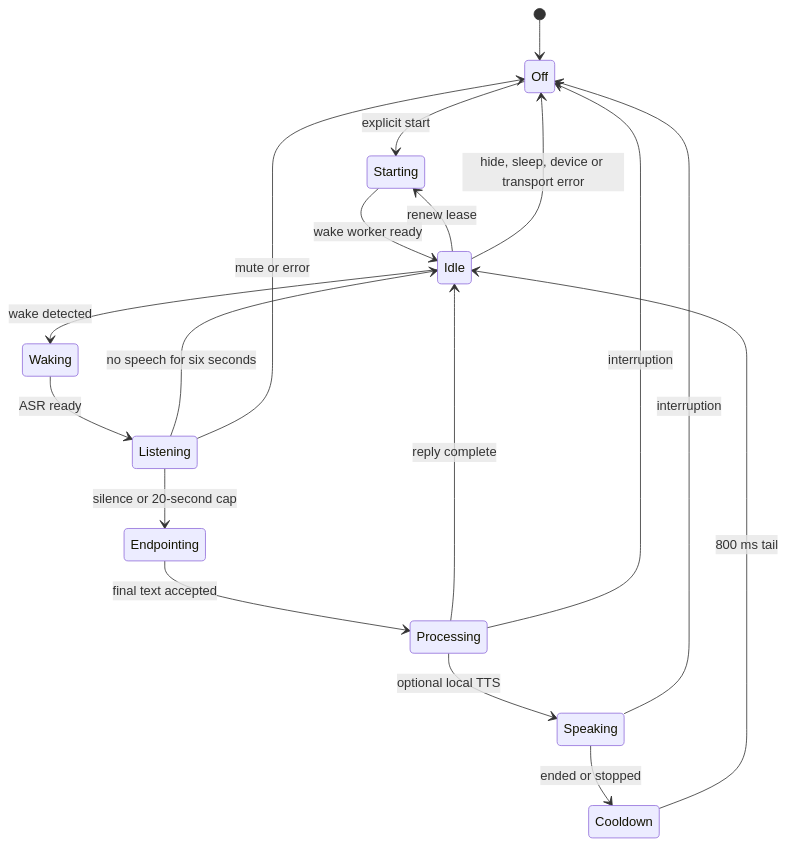
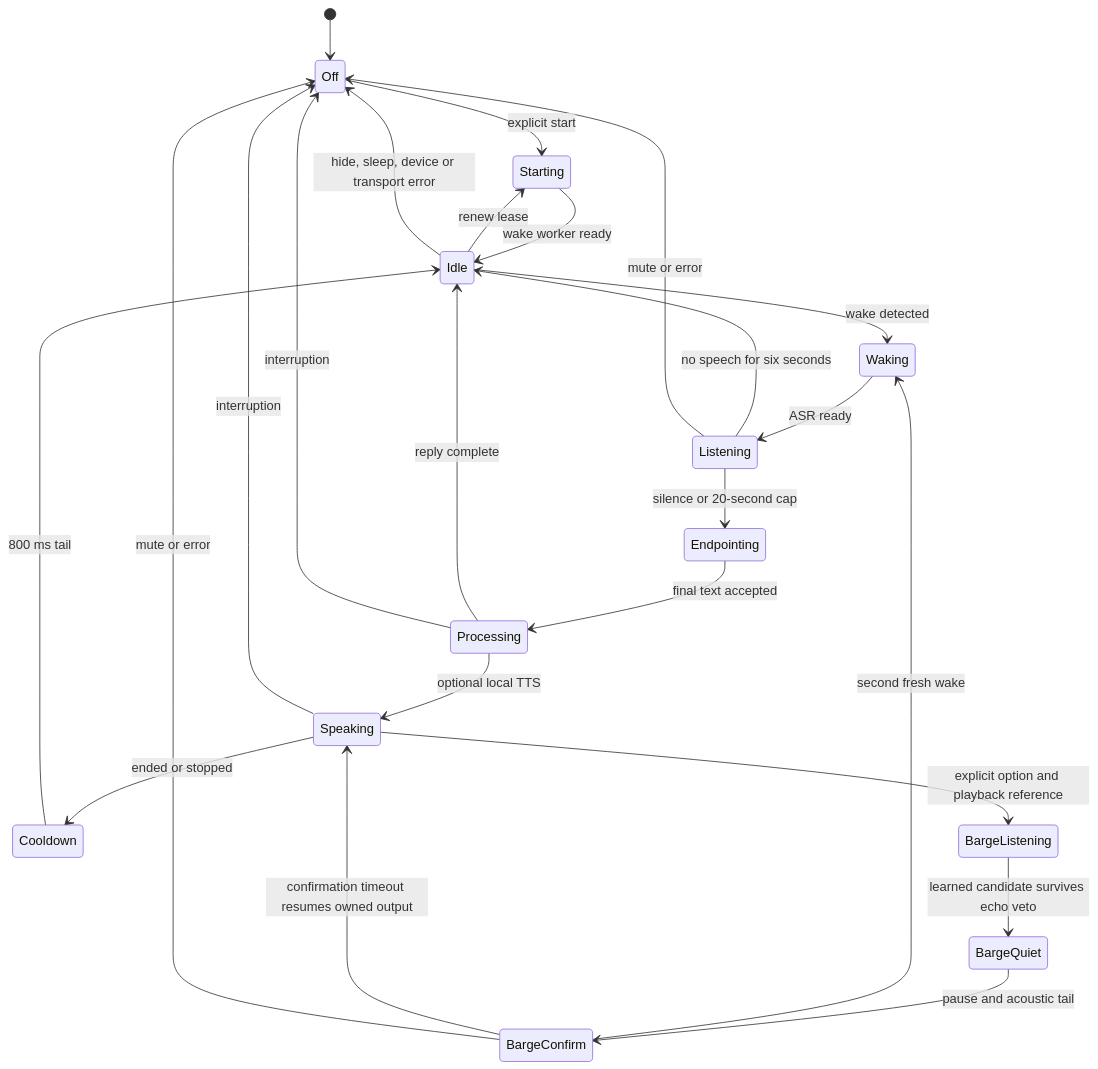
One commit to coco4atJP/Tepora-alpha changed the diagram in Tepora-v3/docs/HANDS-FREE-VOICE.md. Above: the diagram before and after it, drawn with Mermaid. The commit also changed other lines of this file and 30 other files, not shown here.

````diff
--- a/Tepora-v3/docs/HANDS-FREE-VOICE.md
+++ b/Tepora-v3/docs/HANDS-FREE-VOICE.md
@@ -70,20 +70,26 @@
 ```mermaid
 stateDiagram-v2
     [*] --> Off
     Off --> Starting: explicit start
     Starting --> Idle: wake worker ready
     Idle --> Waking: wake detected
     Waking --> Listening: ASR ready
     Listening --> Endpointing: silence or 20-second cap
     Listening --> Idle: no speech for six seconds
     Endpointing --> Processing: final text accepted
     Processing --> Idle: reply complete
     Processing --> Speaking: optional local TTS
     Speaking --> Cooldown: ended or stopped
+    Speaking --> BargeListening: explicit option and playback reference
+    BargeListening --> BargeQuiet: learned candidate survives echo veto
+    BargeQuiet --> BargeConfirm: pause and acoustic tail
+    BargeConfirm --> Waking: second fresh wake
+    BargeConfirm --> Speaking: confirmation timeout resumes owned output
+    BargeConfirm --> Off: mute or error
     Cooldown --> Idle: 800 ms tail
     Idle --> Starting: renew lease
     Listening --> Off: mute or error
     Processing --> Off: interruption
     Speaking --> Off: interruption
     Idle --> Off: hide, sleep, device or transport error
 ```
````
